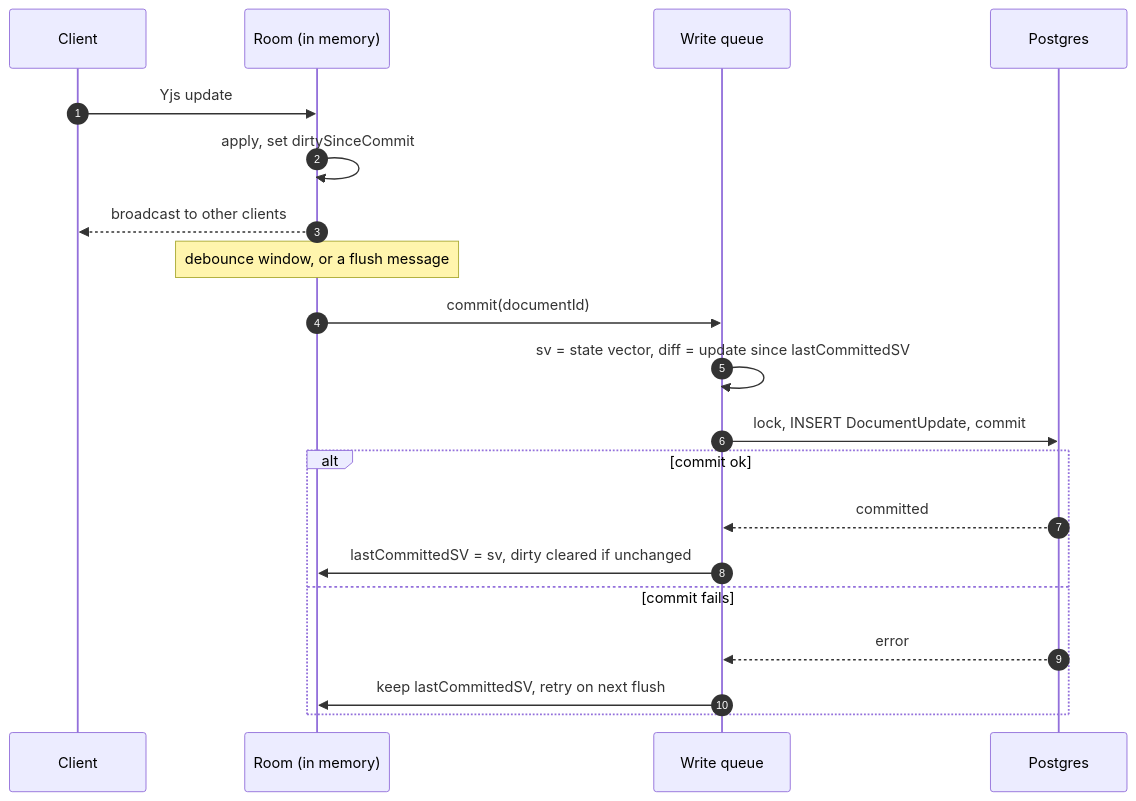
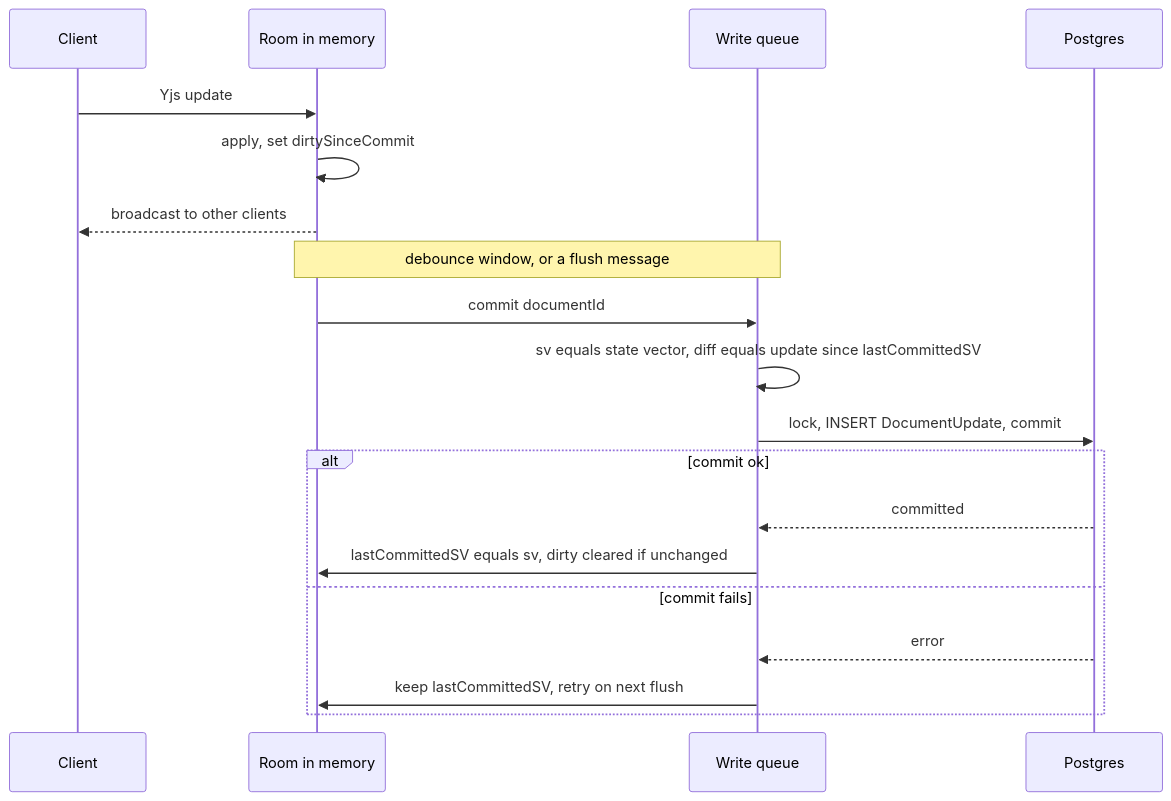
The ninth of 18 diagrams in docs/architecture-lld.md (syncspace-app/syncspace), drawn with Mermaid before and after one commit. The commit also changed other lines of this file and 2 other files, not shown here.

````diff
--- a/docs/architecture-lld.md
+++ b/docs/architecture-lld.md
@@ -497,23 +594,21 @@
 ```mermaid
 sequenceDiagram
-  autonumber
   participant C as Client
-  participant H as Room (in memory)
+  participant Rm as Room in memory
   participant Q as Write queue
-  participant D as Postgres
-
-  C->>H: Yjs update
-  H->>H: apply, set dirtySinceCommit
-  H-->>C: broadcast to other clients
-  Note over H: debounce window, or a flush message
-  H->>Q: commit(documentId)
-  Q->>Q: sv = state vector, diff = update since lastCommittedSV
-  Q->>D: lock, INSERT DocumentUpdate, commit
+  participant P as Postgres
+  C->>Rm: Yjs update
+  Rm->>Rm: apply, set dirtySinceCommit
+  Rm-->>C: broadcast to other clients
+  Note over Rm,Q: debounce window, or a flush message
+  Rm->>Q: commit documentId
+  Q->>Q: sv equals state vector, diff equals update since lastCommittedSV
+  Q->>P: lock, INSERT DocumentUpdate, commit
   alt commit ok
-    D-->>Q: committed
-    Q->>H: lastCommittedSV = sv, dirty cleared if unchanged
+    P-->>Q: committed
+    Q->>Rm: lastCommittedSV equals sv, dirty cleared if unchanged
   else commit fails
-    D-->>Q: error
-    Q->>H: keep lastCommittedSV, retry on next flush
+    P-->>Q: error
+    Q->>Rm: keep lastCommittedSV, retry on next flush
   end
 ```
````
